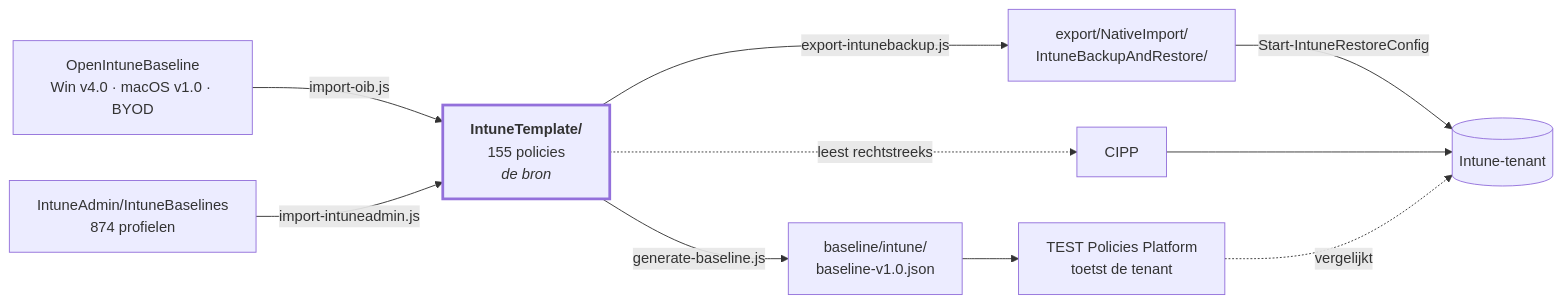
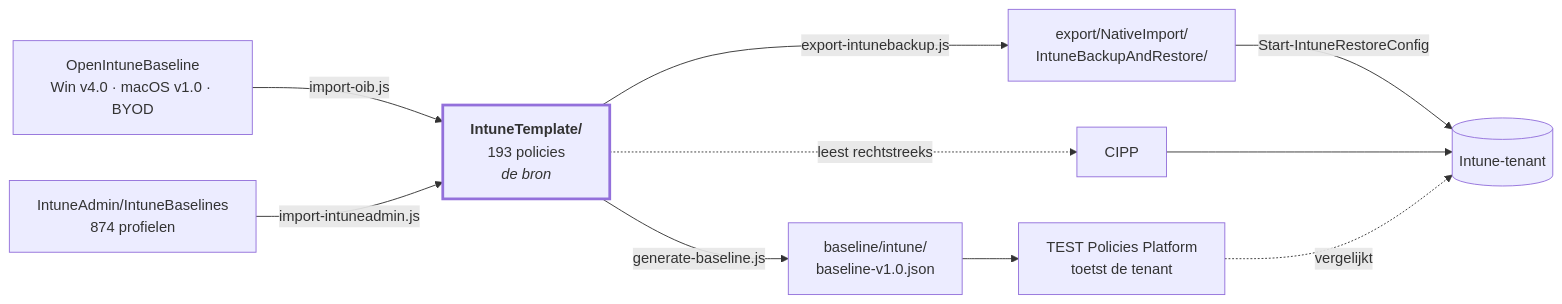
One commit to sjkanon/IntuneBackup changed the diagram in README.md. Above: the diagram before and after it, drawn with Mermaid. The commit also changed other lines of this file and 346 other files, not shown here.

````diff
--- a/README.md
+++ b/README.md
@@ -18,21 +18,21 @@
 ```mermaid
 flowchart LR
   OIB["OpenIntuneBaseline<br/>Win v4.0 · macOS v1.0 · BYOD"]
-  T["<b>IntuneTemplate/</b><br/>155 policies<br/><i>de bron</i>"]
+  T["<b>IntuneTemplate/</b><br/>193 policies<br/><i>de bron</i>"]
   BL["baseline/intune/<br/>baseline-v1.0.json"]
   EX["export/NativeImport/<br/>IntuneBackupAndRestore/"]
   TENANT[("Intune-tenant")]
 
   OIB -->|import-oib.js| T
   T -->|generate-baseline.js| BL
   T -->|export-intunebackup.js| EX
   T -.->|leest rechtstreeks| CIPP[CIPP]
   BL --> PLAT["TEST Policies Platform<br/>toetst de tenant"]
   EX -->|Start-IntuneRestoreConfig| TENANT
   CIPP --> TENANT
   PLAT -.->|vergelijkt| TENANT
 
   IA["IntuneAdmin/IntuneBaselines<br/>874 profielen"] -->|import-intuneadmin.js| T
 
   style T stroke-width:3px
 ```
````
